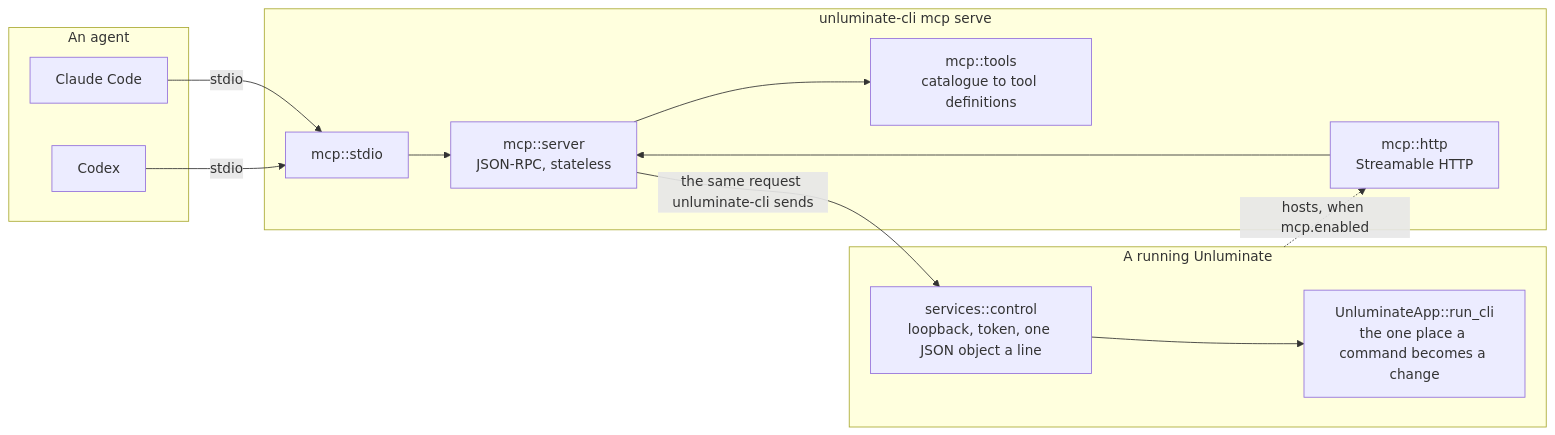
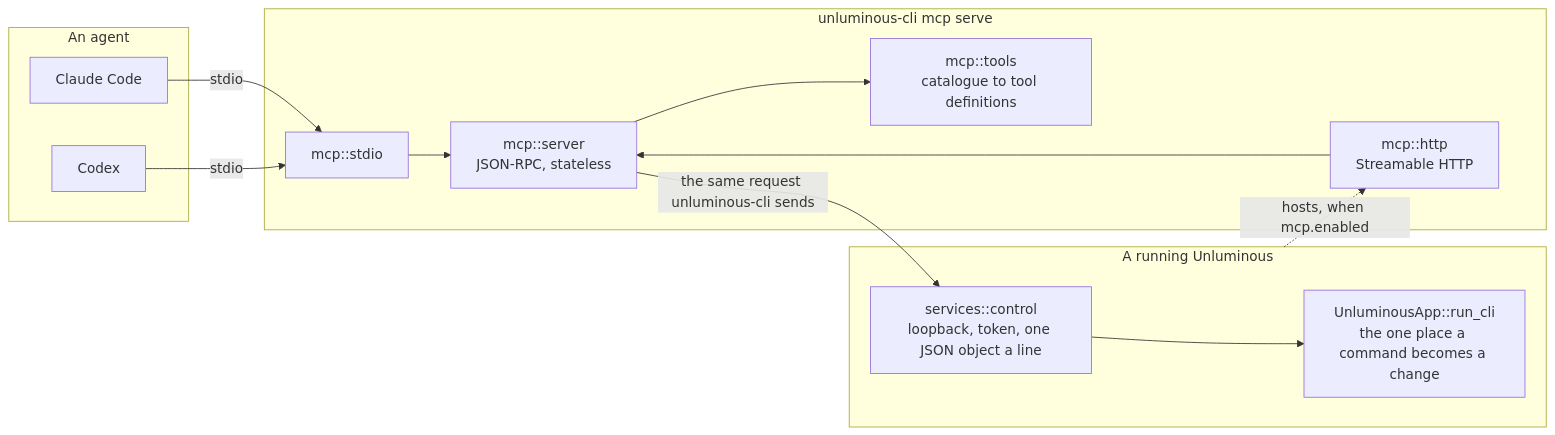
One commit to Black-Rainbow-Labs/Unluminous changed the diagram in tasks/task-1679-mcp-tdd.md. Above: the diagram before and after it, drawn with Mermaid. The commit also changed other lines of this file and 1327 other files, not shown here.

````diff
--- a/tasks/task-1679-mcp-tdd.md
+++ b/tasks/task-1679-mcp-tdd.md
@@ -133,25 +133,25 @@
 ```mermaid
 flowchart LR
   subgraph agent["An agent"]
     cc["Claude Code"]
     cx["Codex"]
   end
-  subgraph server["unluminate-cli mcp serve"]
+  subgraph server["unluminous-cli mcp serve"]
     tools["mcp::tools<br/>catalogue to tool definitions"]
     rpc["mcp::server<br/>JSON-RPC, stateless"]
     io1["mcp::stdio"]
     io2["mcp::http<br/>Streamable HTTP"]
     rpc --> tools
     io1 --> rpc
     io2 --> rpc
   end
-  subgraph unluminate["A running Unluminate"]
+  subgraph unluminous["A running Unluminous"]
     ctrl["services::control<br/>loopback, token, one JSON object a line"]
-    cli["UnluminateApp::run_cli<br/>the one place a command becomes a change"]
+    cli["UnluminousApp::run_cli<br/>the one place a command becomes a change"]
     ctrl --> cli
   end
   cc -- stdio --> io1
   cx -- stdio --> io1
-  rpc -- "the same request unluminate-cli sends" --> ctrl
-  unluminate -. "hosts, when mcp.enabled" .-> io2
+  rpc -- "the same request unluminous-cli sends" --> ctrl
+  unluminous -. "hosts, when mcp.enabled" .-> io2
 ```
````
